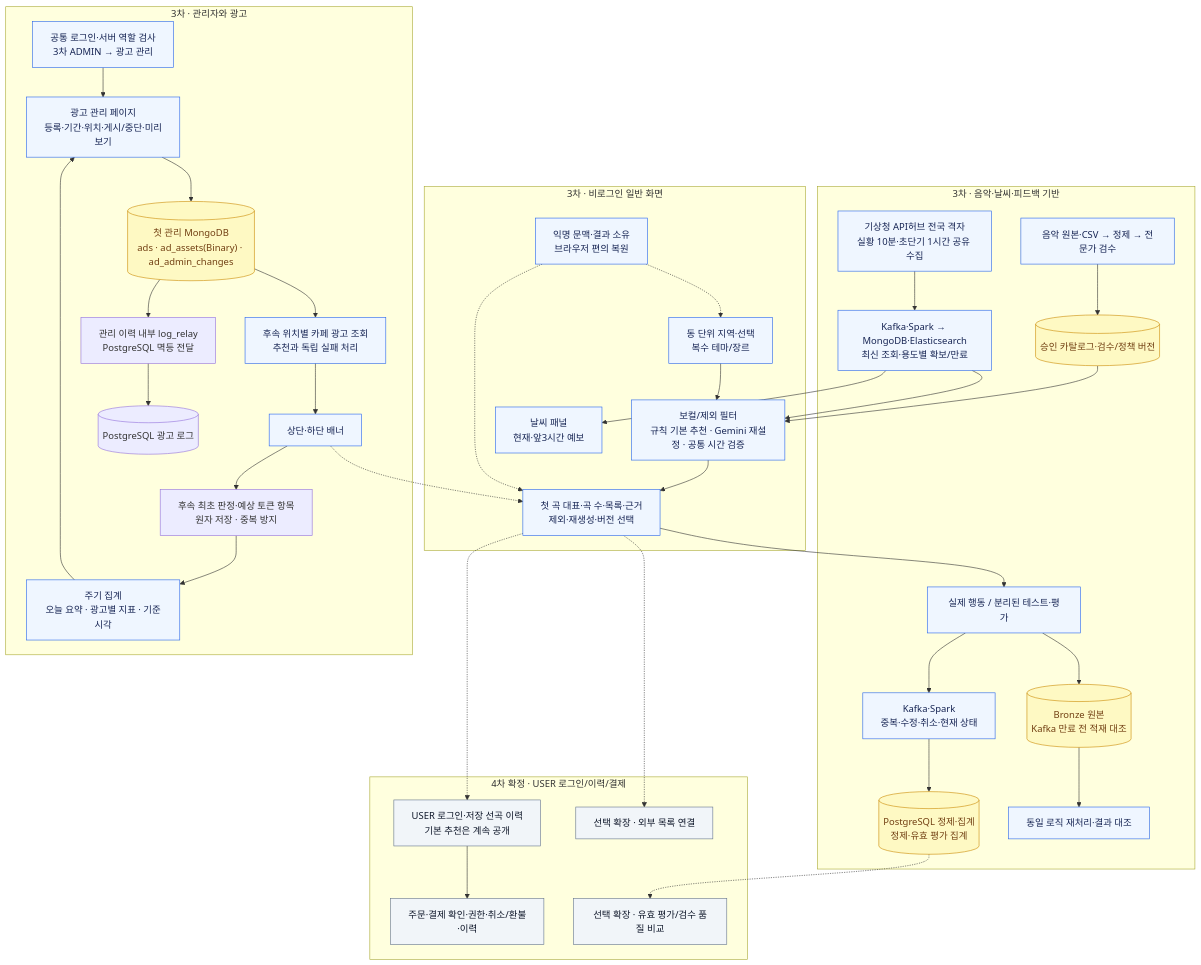
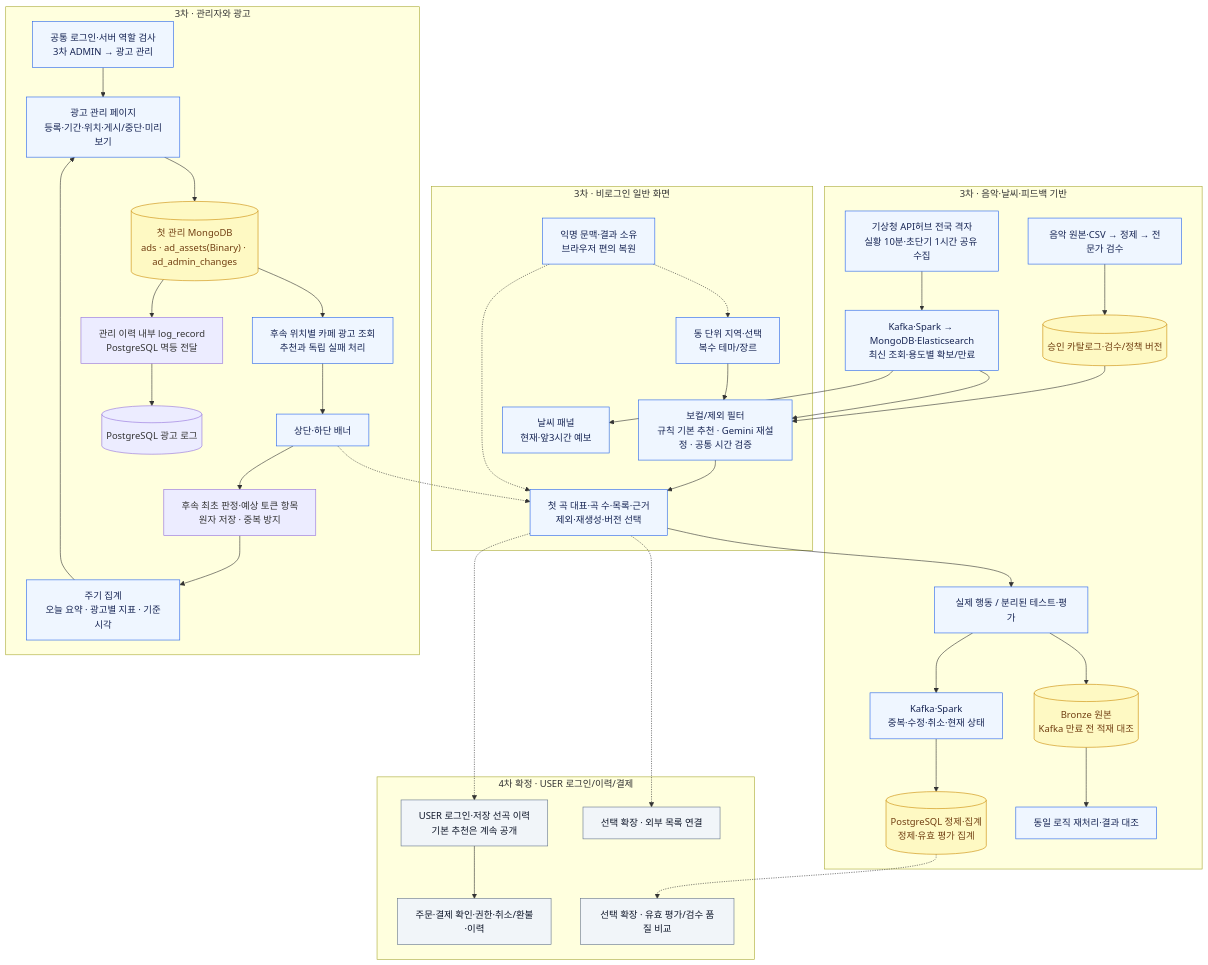
Before and after one commit to encore-ai-campus/mlo-01-p3-team1: the fourth of 4 diagrams in docs/product/카페_음악_추천_서비스_3차_구현_태스크.md, drawn with Mermaid. The commit also changed other lines of this file and 125 other files, not shown here.

````diff
--- a/docs/product/카페_음악_추천_서비스_3차_구현_태스크.md
+++ b/docs/product/카페_음악_추천_서비스_3차_구현_태스크.md
@@ -193,51 +197,51 @@
 ```mermaid
 flowchart TB
     subgraph DATA["3차 · 음악·날씨·피드백 기반"]
         MUSIC["음악 원본·CSV → 정제 → 전문가 검수"] --> CATALOG[("승인 카탈로그·검수/정책 버전")]
         KMA["기상청 API허브 전국 격자<br/>실황 10분·초단기 1시간 공유 수집"] --> WEATHER["Kafka·Spark → MongoDB·Elasticsearch<br/>최신 조회·용도별 확보/만료"]
         FEEDBACK["실제 행동 / 분리된 테스트·평가"] --> STREAM["Kafka·Spark<br/>중복·수정·취소·현재 상태"]
         FEEDBACK --> BRONZE[("Bronze 원본<br/>Kafka 만료 전 적재 대조")]
         STREAM --> LAKE[("PostgreSQL 정제·집계<br/>정제·유효 평가 집계")]
         BRONZE --> REPLAY["동일 로직 재처리·결과 대조"]
     end
     subgraph PUBLIC["3차 · 비로그인 일반 화면"]
         REGION["동 단위 지역·선택<br/>복수 테마/장르"] --> REC["보컬/제외 필터<br/>규칙 기본 추천 · Gemini 재설정 · 공통 시간 검증"]
         REC --> RESULT["첫 곡 대표·곡 수·목록·근거<br/>제외·재생성·버전 선택"]
         WEATHER_PANEL["날씨 패널<br/>현재·앞3시간 예보"]
         GUEST["익명 문맥·결과 소유<br/>브라우저 편의 복원"]
         GUEST -.-> REGION
         GUEST -.-> RESULT
     end
     CATALOG --> REC
     WEATHER --> REC
     WEATHER --> WEATHER_PANEL
     RESULT --> FEEDBACK
     subgraph ADS["3차 · 관리자와 광고"]
         LOGIN["공통 로그인·서버 역할 검사<br/>3차 ADMIN → 광고 관리"] --> ADMIN["광고 관리 페이지<br/>등록·기간·위치·게시/중단·미리보기"]
         ADMIN --> STORE[("첫 관리 MongoDB<br/>ads · ad_assets(Binary) · ad_admin_changes")]
         STORE --> ADAPI["후속 위치별 카페 광고 조회<br/>추천과 독립 실패 처리"]
         ADAPI --> BANNER["상단·하단 배너"]
         BANNER --> ADFIRST["후속 최초 판정·예상 토큰 항목<br/>원자 저장 · 중복 방지"]
         ADFIRST --> METRIC["주기 집계<br/>오늘 요약 · 광고별 지표 · 기준시각"]
         METRIC --> ADMIN
-        STORE --> ADOUTBOX["관리 이력 내부 log_relay<br/>PostgreSQL 멱등 전달"]
+        STORE --> ADOUTBOX["관리 이력 내부 log_record<br/>PostgreSQL 멱등 전달"]
         ADOUTBOX --> ADLOG[("PostgreSQL 광고 로그")]
     end
     BANNER -.-> RESULT
     subgraph FUTURE["4차 확정 · USER 로그인/이력/결제"]
         ACCOUNT["USER 로그인·저장 선곡 이력<br/>기본 추천은 계속 공개"]
         PAYMENT["주문·결제 확인·권한·취소/환불·이력"]
         EXTERNAL["선택 확장 · 외부 목록 연결"]
         QUALITY["선택 확장 · 유효 평가/검수 품질 비교"]
         ACCOUNT --> PAYMENT
     end
     RESULT -.-> ACCOUNT
     RESULT -.-> EXTERNAL
     LAKE -.-> QUALITY
     classDef process fill:#eff6ff,stroke:#2563eb,color:#172554;
     classDef data fill:#fef9c3,stroke:#ca8a04,color:#713f12;
     classDef future fill:#f1f5f9,stroke:#64748b,color:#0f172a;
     class MUSIC,KMA,WEATHER,FEEDBACK,STREAM,REPLAY,REGION,REC,RESULT,WEATHER_PANEL,GUEST,LOGIN,ADMIN,ADAPI,BANNER,METRIC process;
     class CATALOG,BRONZE,LAKE,STORE data;
     class ACCOUNT,PAYMENT,EXTERNAL,QUALITY future;
 ```
````
